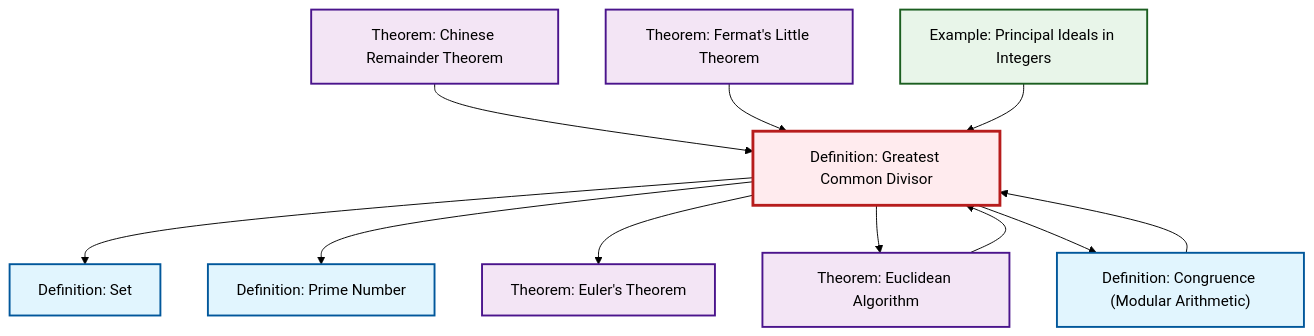
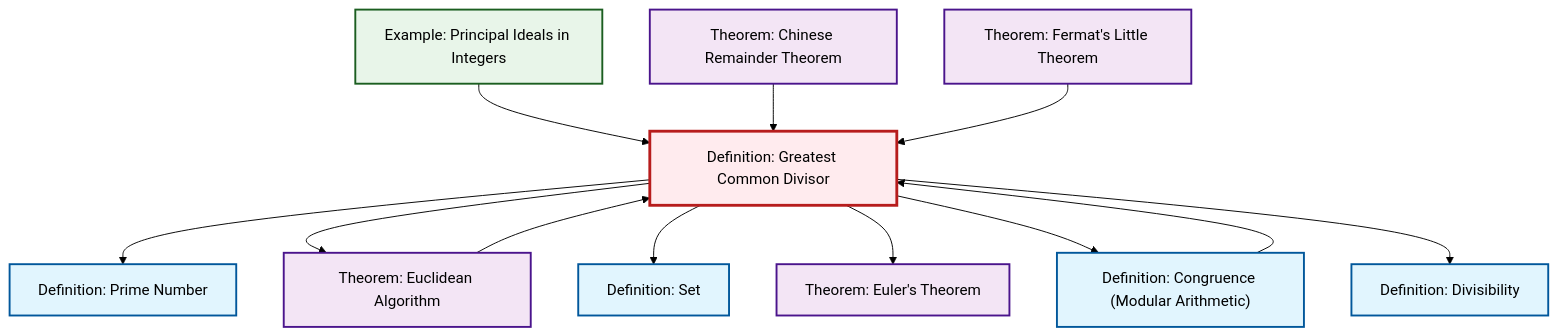
Before and after one commit to RK0429/ModernMath: the second of 2 diagrams in content/en/number-theory/def-gcd.qmd, drawn with Mermaid (forest theme). The commit also changed other lines of this file and 497 other files, not shown here.

````diff
--- a/content/en/number-theory/def-gcd.qmd
+++ b/content/en/number-theory/def-gcd.qmd
@@ -91,37 +92,40 @@
 ```{mermaid}
 %%| fig-cap: "Local dependency graph"
 graph TD
     classDef definition fill:#e1f5fe,stroke:#01579b,stroke-width:2px
     classDef theorem fill:#f3e5f5,stroke:#4a148c,stroke-width:2px
     classDef axiom fill:#fff3e0,stroke:#e65100,stroke-width:2px
     classDef example fill:#e8f5e9,stroke:#1b5e20,stroke-width:2px
     classDef current fill:#ffebee,stroke:#b71c1c,stroke-width:3px
+    def-prime["Definition: Prime Number"]:::definition
+    def-gcd["Definition: Greatest Common Divisor"]:::definition
+    def-set["Definition: Set"]:::definition
+    ex-principal-ideal["Example: Principal Ideals in Integers"]:::example
+    def-divisibility["Definition: Divisibility"]:::definition
+    thm-chinese-remainder["Theorem: Chinese Remainder Theorem"]:::theorem
+    def-congruence["Definition: Congruence (Modular Arithmetic)"]:::definition
+    thm-euler["Theorem: Euler's Theorem"]:::theorem
     thm-fermat-little["Theorem: Fermat's Little Theorem"]:::theorem
-    thm-euler["Theorem: Euler's Theorem"]:::theorem
-    thm-chinese-remainder["Theorem: Chinese Remainder Theorem"]:::theorem
-    ex-principal-ideal["Example: Principal Ideals in Integers"]:::example
-    def-congruence["Definition: Congruence (Modular Arithmetic)"]:::definition
-    def-prime["Definition: Prime Number"]:::definition
-    def-set["Definition: Set"]:::definition
     thm-euclidean-algorithm["Theorem: Euclidean Algorithm"]:::theorem
-    def-gcd["Definition: Greatest Common Divisor"]:::definition
     thm-euclidean-algorithm --> def-gcd
+    def-gcd --> def-prime
+    def-gcd --> thm-euclidean-algorithm
+    def-congruence --> def-gcd
+    ex-principal-ideal --> def-gcd
+    def-gcd --> def-set
     thm-chinese-remainder --> def-gcd
-    def-gcd --> def-set
-    def-gcd --> def-prime
     thm-fermat-little --> def-gcd
     def-gcd --> thm-euler
-    def-congruence --> def-gcd
-    ex-principal-ideal --> def-gcd
-    def-gcd --> thm-euclidean-algorithm
     def-gcd --> def-congruence
+    def-gcd --> def-divisibility
     class def-gcd current
-    click thm-fermat-little "thm-fermat-little.html" "Go to Fermat's Little Theorem theorem"
-    click thm-euler "thm-euler.html" "Go to Euler's Theorem theorem"
-    click thm-chinese-remainder "thm-chinese-remainder.html" "Go to Chinese Remainder Theorem theorem"
-    click ex-principal-ideal "ex-principal-ideal.html" "Go to Principal Ideals in Integers example"
-    click def-congruence "def-congruence.html" "Go to Congruence (Modular Arithmetic) definition"
     click def-prime "def-prime.html" "Go to Prime Number definition"
     click def-set "def-set.html" "Go to Set definition"
+    click ex-principal-ideal "ex-principal-ideal.html" "Go to Principal Ideals in Integers example"
+    click def-divisibility "def-divisibility.html" "Go to Divisibility definition"
+    click thm-chinese-remainder "thm-chinese-remainder.html" "Go to Chinese Remainder Theorem theorem"
+    click def-congruence "def-congruence.html" "Go to Congruence (Modular Arithmetic) definition"
+    click thm-euler "thm-euler.html" "Go to Euler's Theorem theorem"
+    click thm-fermat-little "thm-fermat-little.html" "Go to Fermat's Little Theorem theorem"
     click thm-euclidean-algorithm "thm-euclidean-algorithm.html" "Go to Euclidean Algorithm theorem"
 ```
````
